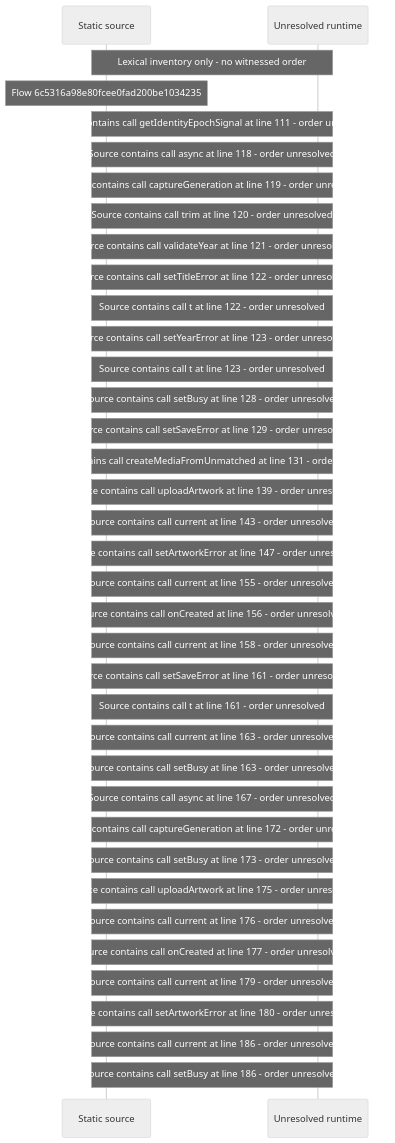
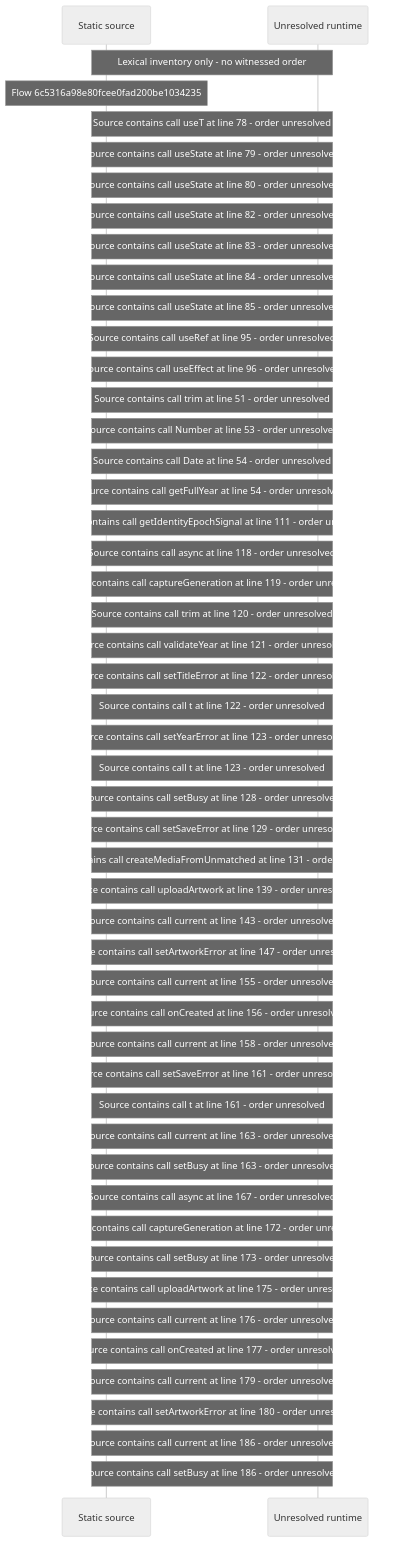
Before and after one commit to beamfall/core: the diagram in docs/web/flows/generated/6c5316a98e80fcee0fad200be1034235/flow-diagram.md, drawn with Mermaid (neutral theme). The commit also changed other lines of this file and 699 other files, not shown here.

Commit message:
Regenerate the web flow record with flow generator version 5

````diff
--- a/docs/web/flows/generated/6c5316a98e80fcee0fad200be1034235/flow-diagram.md
+++ b/docs/web/flows/generated/6c5316a98e80fcee0fad200be1034235/flow-diagram.md
@@ -10,39 +10,52 @@
 ```mermaid
 sequenceDiagram
     participant S as Static source
     participant U as Unresolved runtime
     Note over S,U: Lexical inventory only - no witnessed order
     Note over S: Flow 6c5316a98e80fcee0fad200be1034235
+    Note over S,U: Source contains call useT at line 78 - order unresolved
+    Note over S,U: Source contains call useState at line 79 - order unresolved
+    Note over S,U: Source contains call useState at line 80 - order unresolved
+    Note over S,U: Source contains call useState at line 82 - order unresolved
+    Note over S,U: Source contains call useState at line 83 - order unresolved
+    Note over S,U: Source contains call useState at line 84 - order unresolved
+    Note over S,U: Source contains call useState at line 85 - order unresolved
+    Note over S,U: Source contains call useRef at line 95 - order unresolved
+    Note over S,U: Source contains call useEffect at line 96 - order unresolved
+    Note over S,U: Source contains call trim at line 51 - order unresolved
+    Note over S,U: Source contains call Number at line 53 - order unresolved
+    Note over S,U: Source contains call Date at line 54 - order unresolved
+    Note over S,U: Source contains call getFullYear at line 54 - order unresolved
     Note over S,U: Source contains call getIdentityEpochSignal at line 111 - order unresolved
     Note over S,U: Source contains call async at line 118 - order unresolved
     Note over S,U: Source contains call captureGeneration at line 119 - order unresolved
     Note over S,U: Source contains call trim at line 120 - order unresolved
     Note over S,U: Source contains call validateYear at line 121 - order unresolved
     Note over S,U: Source contains call setTitleError at line 122 - order unresolved
     Note over S,U: Source contains call t at line 122 - order unresolved
     Note over S,U: Source contains call setYearError at line 123 - order unresolved
     Note over S,U: Source contains call t at line 123 - order unresolved
     Note over S,U: Source contains call setBusy at line 128 - order unresolved
     Note over S,U: Source contains call setSaveError at line 129 - order unresolved
     Note over S,U: Source contains call createMediaFromUnmatched at line 131 - order unresolved
     Note over S,U: Source contains call uploadArtwork at line 139 - order unresolved
     Note over S,U: Source contains call current at line 143 - order unresolved
     Note over S,U: Source contains call setArtworkError at line 147 - order unresolved
     Note over S,U: Source contains call current at line 155 - order unresolved
     Note over S,U: Source contains call onCreated at line 156 - order unresolved
     Note over S,U: Source contains call current at line 158 - order unresolved
     Note over S,U: Source contains call setSaveError at line 161 - order unresolved
     Note over S,U: Source contains call t at line 161 - order unresolved
     Note over S,U: Source contains call current at line 163 - order unresolved
     Note over S,U: Source contains call setBusy at line 163 - order unresolved
     Note over S,U: Source contains call async at line 167 - order unresolved
     Note over S,U: Source contains call captureGeneration at line 172 - order unresolved
     Note over S,U: Source contains call setBusy at line 173 - order unresolved
     Note over S,U: Source contains call uploadArtwork at line 175 - order unresolved
     Note over S,U: Source contains call current at line 176 - order unresolved
     Note over S,U: Source contains call onCreated at line 177 - order unresolved
     Note over S,U: Source contains call current at line 179 - order unresolved
     Note over S,U: Source contains call setArtworkError at line 180 - order unresolved
     Note over S,U: Source contains call current at line 186 - order unresolved
     Note over S,U: Source contains call setBusy at line 186 - order unresolved
 ```
````
